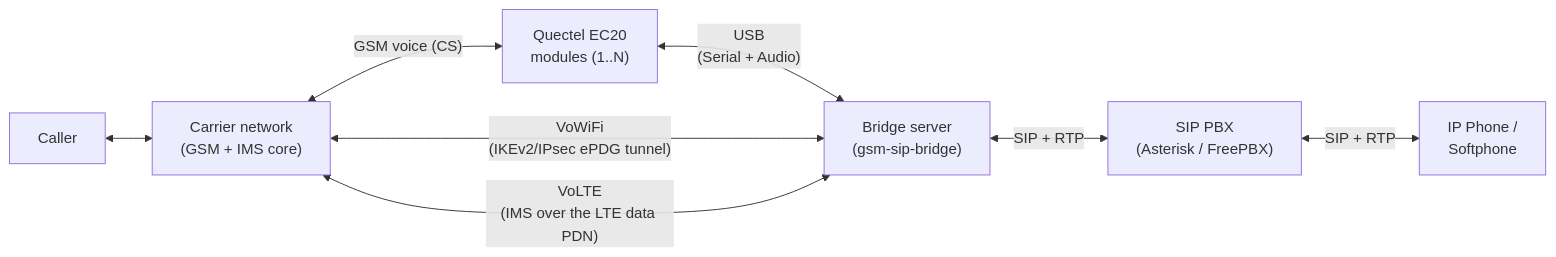
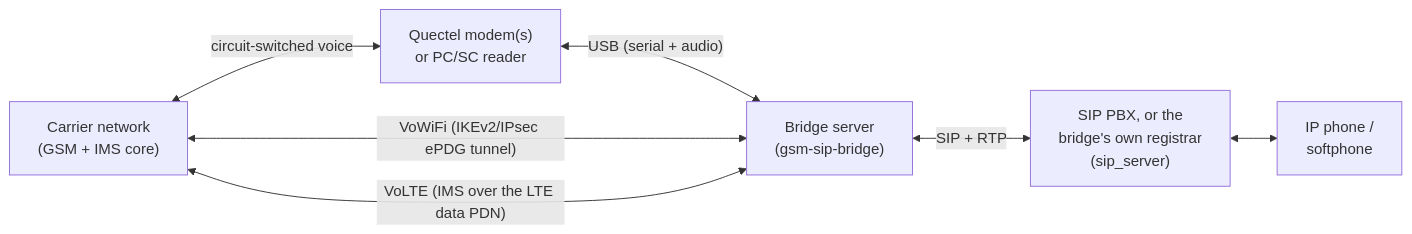
Before and after one commit to selvakn/gsm-sip-bridge: the diagram in README.md, drawn with Mermaid. The commit also changed other lines of this file and 3 other files, not shown here.

````diff
--- a/README.md
+++ b/README.md
@@ -86,17 +111,15 @@
 ```mermaid
 flowchart LR
-    Phone["Caller"]
     Carrier["Carrier network<br/>(GSM + IMS core)"]
-    EC20["Quectel EC20<br/>modules (1..N)"]
+    Modem["Quectel modem(s)<br/>or PC/SC reader"]
     Server["Bridge server<br/>(gsm-sip-bridge)"]
-    PBX["SIP PBX<br/>(Asterisk / FreePBX)"]
-    IPPhone["IP Phone /<br/>Softphone"]
+    SIP["SIP PBX, or the<br/>bridge's own registrar<br/>(sip_server)"]
+    Phone["IP phone /<br/>softphone"]
 
-    Phone <--> Carrier
-    Carrier <-->|"GSM voice (CS)"| EC20
-    EC20 <-->|"USB<br/>(Serial + Audio)"| Server
-    Carrier <-->|"VoWiFi<br/>(IKEv2/IPsec ePDG tunnel)"| Server
-    Carrier <-->|"VoLTE<br/>(IMS over the LTE data PDN)"| Server
-    Server <-->|"SIP + RTP"| PBX
-    PBX <-->|"SIP + RTP"| IPPhone
+    Carrier <-->|"circuit-switched voice"| Modem
+    Modem <-->|"USB (serial + audio)"| Server
+    Carrier <-->|"VoWiFi (IKEv2/IPsec ePDG tunnel)"| Server
+    Carrier <-->|"VoLTE (IMS over the LTE data PDN)"| Server
+    Server <-->|"SIP + RTP"| SIP
+    SIP <--> Phone
 ```
````
